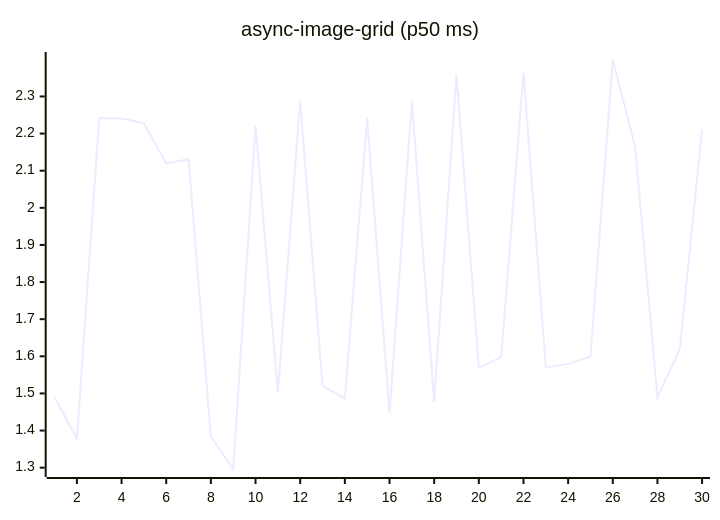
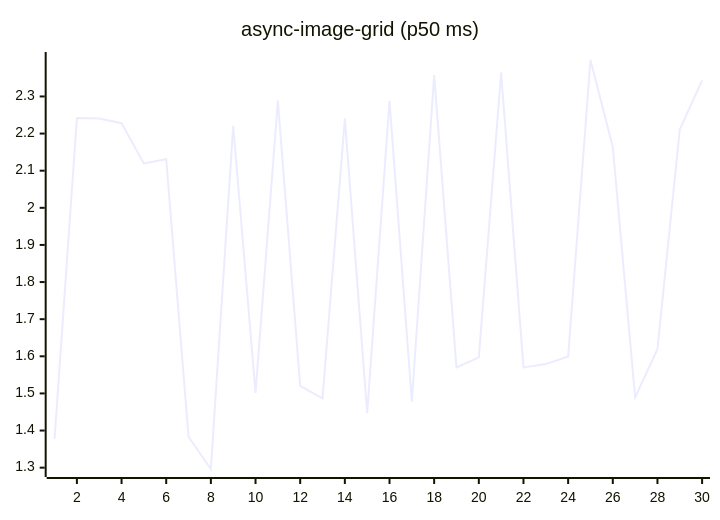
Before and after one commit to josha/Facet: the fifth of 27 diagrams in README.md, drawn with Mermaid. The commit also changed other lines of this file and 2 other files, not shown here.

````diff
--- a/README.md
+++ b/README.md
@@ -91,6 +91,6 @@
 ```mermaid
 xychart-beta
     title "async-image-grid (p50 ms)"
     x-axis 1 --> 30
-    line [1.4898, 1.3778, 2.2419, 2.2404, 2.2280, 2.1194, 2.1310, 1.3834, 1.2964, 2.2208, 1.5015, 2.2886, 1.5200, 1.4868, 2.2404, 1.4470, 2.2880, 1.4779, 2.3575, 1.5699, 1.5969, 2.3640, 1.5700, 1.5790, 1.5994, 2.3982, 2.1641, 1.4893, 1.6193, 2.2110]
+    line [1.3778, 2.2419, 2.2404, 2.2280, 2.1194, 2.1310, 1.3834, 1.2964, 2.2208, 1.5015, 2.2886, 1.5200, 1.4868, 2.2404, 1.4470, 2.2880, 1.4779, 2.3575, 1.5699, 1.5969, 2.3640, 1.5700, 1.5790, 1.5994, 2.3982, 2.1641, 1.4893, 1.6193, 2.2110, 2.3435]
 ```
````
